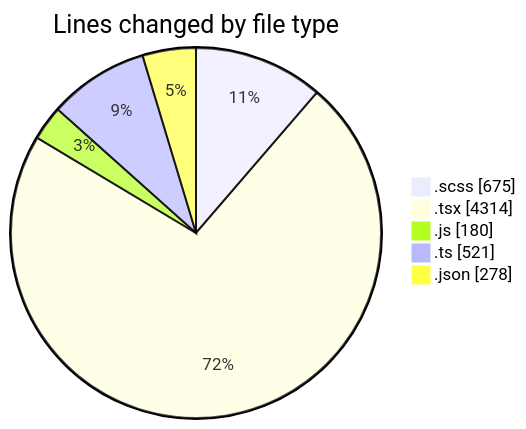
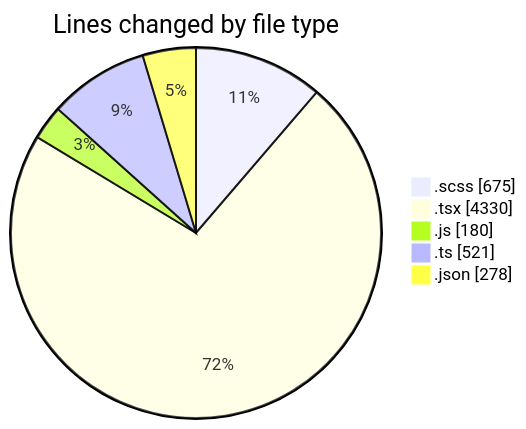
The first of 2 diagrams in 2026-08-10/cda/README.md (momahboobian/code-tracking), drawn with Mermaid before and after one commit. The commit also changed other lines of this file and 1 other file, not shown here.

````diff
--- a/2026-08-10/cda/README.md
+++ b/2026-08-10/cda/README.md
@@ -33,9 +33,9 @@
 ```mermaid
 pie showData
 title Lines changed by file type
 ".scss" : 675
-".tsx" : 4314
+".tsx" : 4330
 ".js" : 180
 ".ts" : 521
 ".json" : 278
 ```
````
